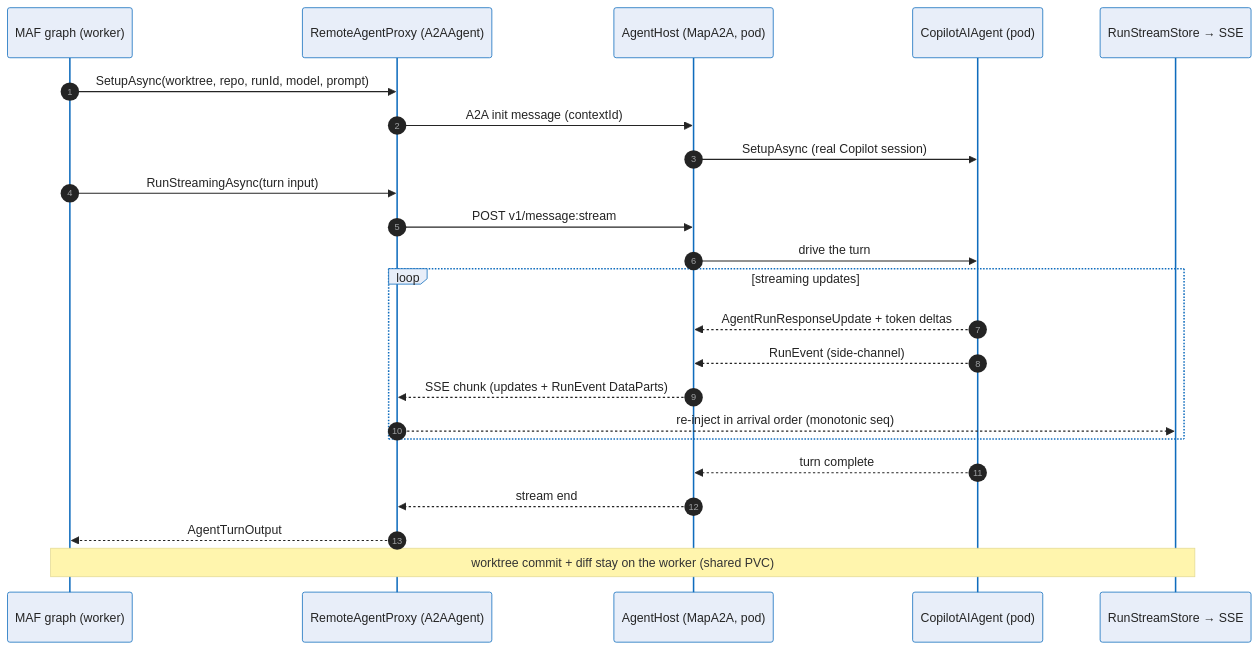
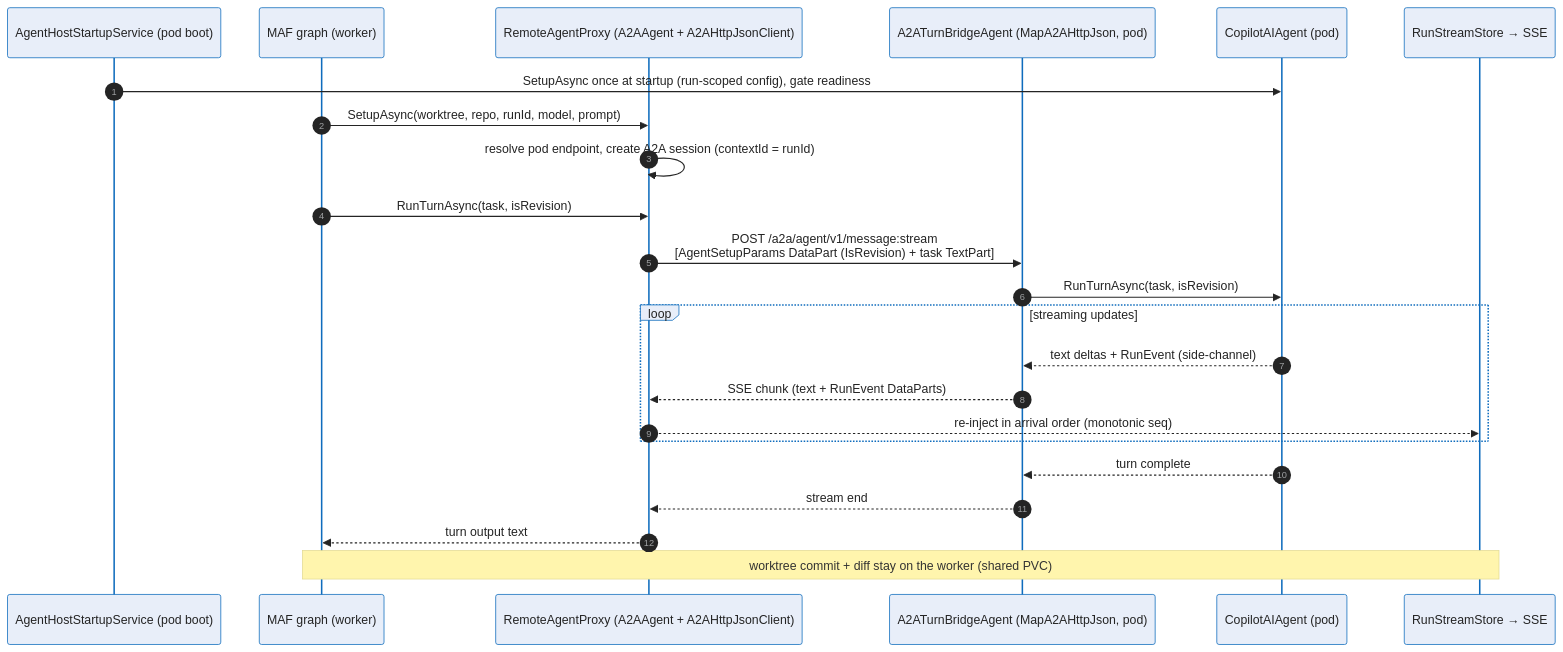
One commit to sabbour/agentweaver changed the second of 3 diagrams in docs/deep-dive/a2a-bridge.md. Above: the diagram before and after it, drawn with Mermaid. The commit also changed other lines of this file and 83 other files, not shown here.

````diff
--- a/docs/deep-dive/a2a-bridge.md
+++ b/docs/deep-dive/a2a-bridge.md
@@ -94,27 +103,27 @@
 ```mermaid
 %%{init: {'theme':'base','themeVariables':{'fontFamily':'Segoe UI, system-ui, -apple-system, sans-serif','fontSize':'14px','primaryColor':'#E8EEF9','primaryBorderColor':'#0F6CBD','primaryTextColor':'#242424','lineColor':'#605E5C','clusterBkg':'#FAF9F8','clusterBorder':'#D2D0CE','edgeLabelBackground':'#FFFFFF'}}}%%
 sequenceDiagram
     autonumber
+    participant Boot as AgentHostStartupService (pod boot)
     participant Graph as MAF graph (worker)
-    participant Proxy as RemoteAgentProxy (A2AAgent)
-    participant Host as AgentHost (MapA2A, pod)
+    participant Proxy as RemoteAgentProxy (A2AAgent + A2AHttpJsonClient)
+    participant Host as A2ATurnBridgeAgent (MapA2AHttpJson, pod)
     participant Agent as CopilotAIAgent (pod)
     participant Stream as RunStreamStore → SSE
 
+    Boot->>Agent: SetupAsync once at startup (run-scoped config), gate readiness
     Graph->>Proxy: SetupAsync(worktree, repo, runId, model, prompt)
-    Proxy->>Host: A2A init message (contextId)
-    Host->>Agent: SetupAsync (real Copilot session)
-    Graph->>Proxy: RunStreamingAsync(turn input)
-    Proxy->>Host: POST v1/message:stream
-    Host->>Agent: drive the turn
+    Proxy->>Proxy: resolve pod endpoint, create A2A session (contextId = runId)
+    Graph->>Proxy: RunTurnAsync(task, isRevision)
+    Proxy->>Host: POST /a2a/agent/v1/message:stream<br/>[AgentSetupParams DataPart (IsRevision) + task TextPart]
+    Host->>Agent: RunTurnAsync(task, isRevision)
     loop streaming updates
-        Agent-->>Host: AgentRunResponseUpdate + token deltas
-        Agent-->>Host: RunEvent (side-channel)
-        Host-->>Proxy: SSE chunk (updates + RunEvent DataParts)
+        Agent-->>Host: text deltas + RunEvent (side-channel)
+        Host-->>Proxy: SSE chunk (text + RunEvent DataParts)
         Proxy-->>Stream: re-inject in arrival order (monotonic seq)
     end
     Agent-->>Host: turn complete
     Host-->>Proxy: stream end
-    Proxy-->>Graph: AgentTurnOutput
+    Proxy-->>Graph: turn output text
     Note over Graph,Stream: worktree commit + diff stay on the worker (shared PVC)
 ```
````
